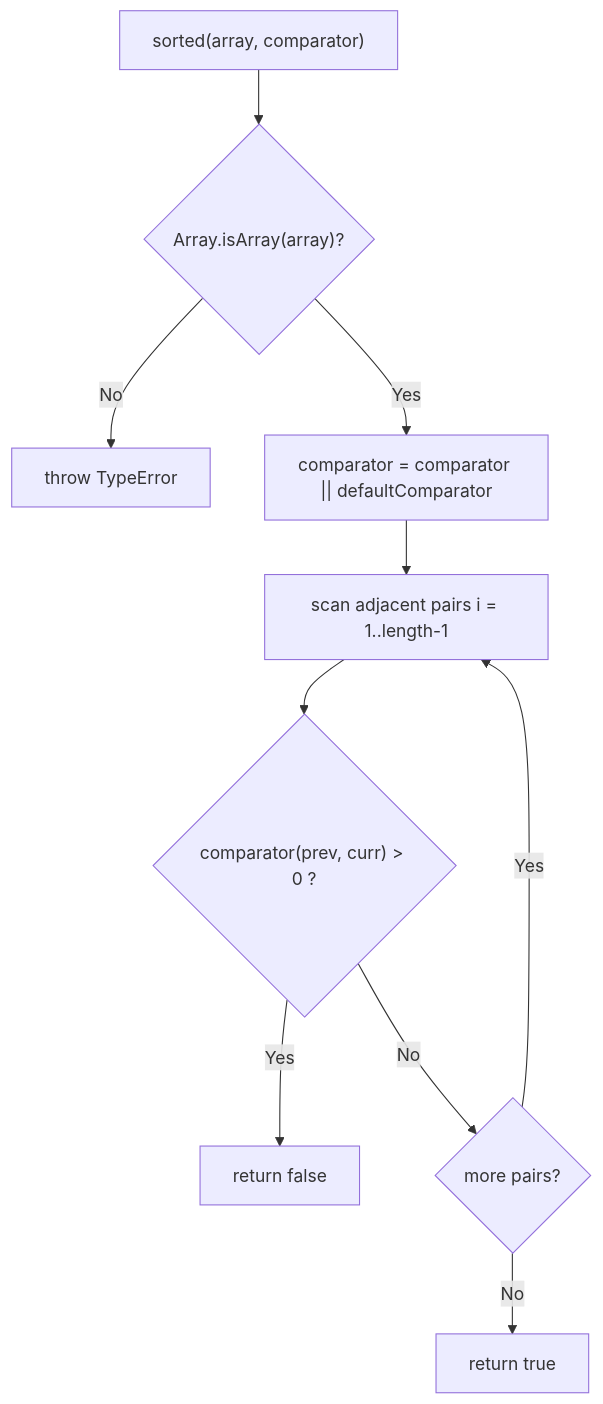
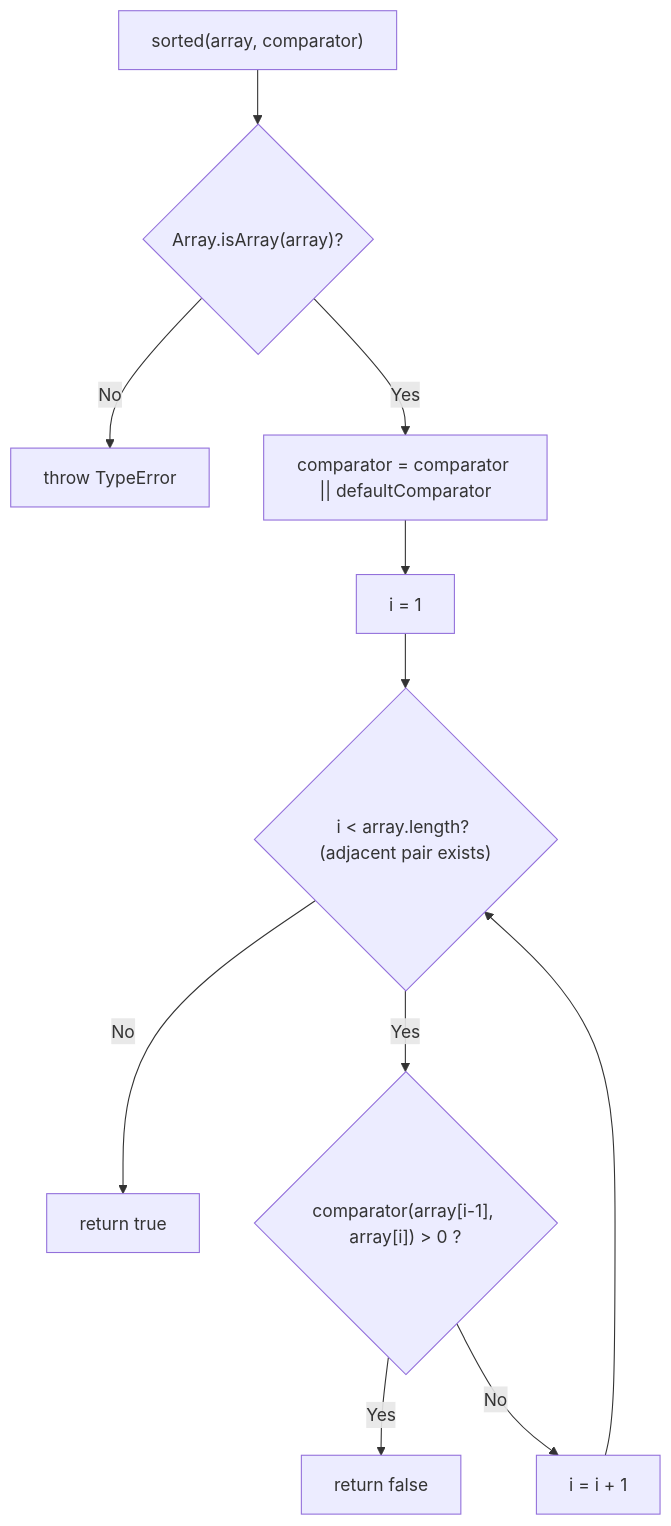
One commit to lakshya-blitzy/Parent_repo_for_submodule changed the first of 2 diagrams in README.md. Above: the diagram before and after it, drawn with Mermaid. The commit also changed other lines of this file, not shown here.

First line of the commit message:
docs(review): fix README accuracy, citations, diagram, and release safety

````diff
--- a/README.md
+++ b/README.md
@@ -193,12 +194,13 @@
 ```mermaid
 flowchart TD
     A["sorted(array, comparator)"] --> B{"Array.isArray(array)?"}
     B -- No --> C["throw TypeError"]
     B -- Yes --> D["comparator = comparator || defaultComparator"]
-    D --> E["scan adjacent pairs i = 1..length-1"]
-    E --> F{"comparator(prev, curr) > 0 ?"}
+    D --> E["i = 1"]
+    E --> H{"i < array.length? (adjacent pair exists)"}
+    H -- No --> I["return true"]
+    H -- Yes --> F{"comparator(array[i-1], array[i]) > 0 ?"}
     F -- Yes --> G["return false"]
-    F -- No --> H{"more pairs?"}
-    H -- Yes --> E
-    H -- No --> I["return true"]
+    F -- No --> J["i = i + 1"]
+    J --> H
 ```
````
